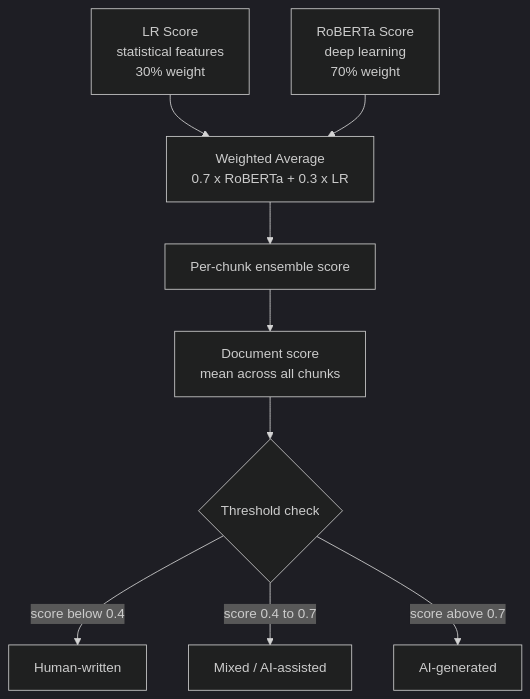
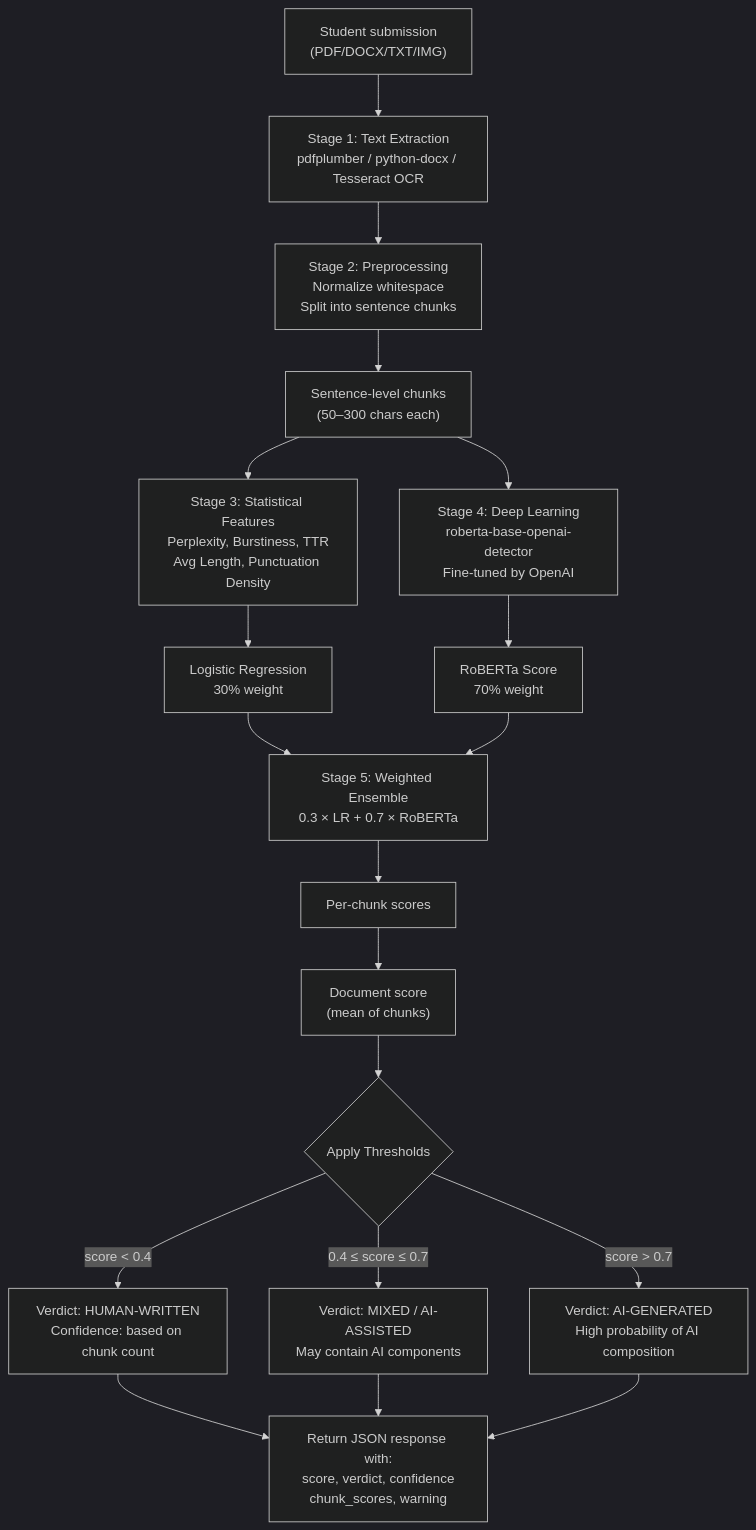
Before and after one commit to securitywithhem/vaultiq: the fourth of 10 diagrams in README.md, drawn with Mermaid (dark theme). The commit also changed other lines of this file, not shown here.

````diff
--- a/README.md
+++ b/README.md
@@ -476,11 +427,27 @@
 ```mermaid
 flowchart TD
-    LR["LR Score<br/>statistical features<br/>30% weight"] --> Ensemble["Weighted Average<br/>0.7 x RoBERTa + 0.3 x LR"]
-    RoBERTa["RoBERTa Score<br/>deep learning<br/>70% weight"] --> Ensemble
-    Ensemble --> AvgScore["Per-chunk ensemble score"]
-    AvgScore --> DocScore["Document score<br/>mean across all chunks"]
-    DocScore --> Thresh{"Threshold check"}
-    Thresh -->|"score below 0.4"| Human["Human-written"]
-    Thresh -->|"score 0.4 to 0.7"| Mixed["Mixed / AI-assisted"]
-    Thresh -->|"score above 0.7"| AIGen["AI-generated"]
+    Input["Student submission<br/>(PDF/DOCX/TXT/IMG)"] --> Extract["Stage 1: Text Extraction<br/>pdfplumber / python-docx / Tesseract OCR"]
+    Extract --> Preprocess["Stage 2: Preprocessing<br/>Normalize whitespace<br/>Split into sentence chunks"]
+    Preprocess --> Split["Sentence-level chunks<br/>(50–300 chars each)"]
+    
+    Split --> StatFeatures["Stage 3: Statistical Features<br/>Perplexity, Burstiness, TTR<br/>Avg Length, Punctuation Density"]
+    Split --> RoBERTa["Stage 4: Deep Learning<br/>roberta-base-openai-detector<br/>Fine-tuned by OpenAI"]
+    
+    StatFeatures --> LRScore["Logistic Regression<br/>30% weight"]
+    RoBERTa --> RoBERTaScore["RoBERTa Score<br/>70% weight"]
+    
+    LRScore --> Ensemble["Stage 5: Weighted Ensemble<br/>0.3 × LR + 0.7 × RoBERTa"]
+    RoBERTaScore --> Ensemble
+    
+    Ensemble --> ChunkScores["Per-chunk scores"]
+    ChunkScores --> DocScore["Document score<br/>(mean of chunks)"]
+    DocScore --> Verdict{"Apply Thresholds"}
+    
+    Verdict -->|"score < 0.4"| Human["Verdict: HUMAN-WRITTEN<br/>Confidence: based on chunk count"]
+    Verdict -->|"0.4 ≤ score ≤ 0.7"| Mixed["Verdict: MIXED / AI-ASSISTED<br/>May contain AI components"]
+    Verdict -->|"score > 0.7"| AIGen["Verdict: AI-GENERATED<br/>High probability of AI composition"]
+    
+    Human --> Response["Return JSON response with:<br/>score, verdict, confidence<br/>chunk_scores, warning"]
+    Mixed --> Response
+    AIGen --> Response
 ```
````
